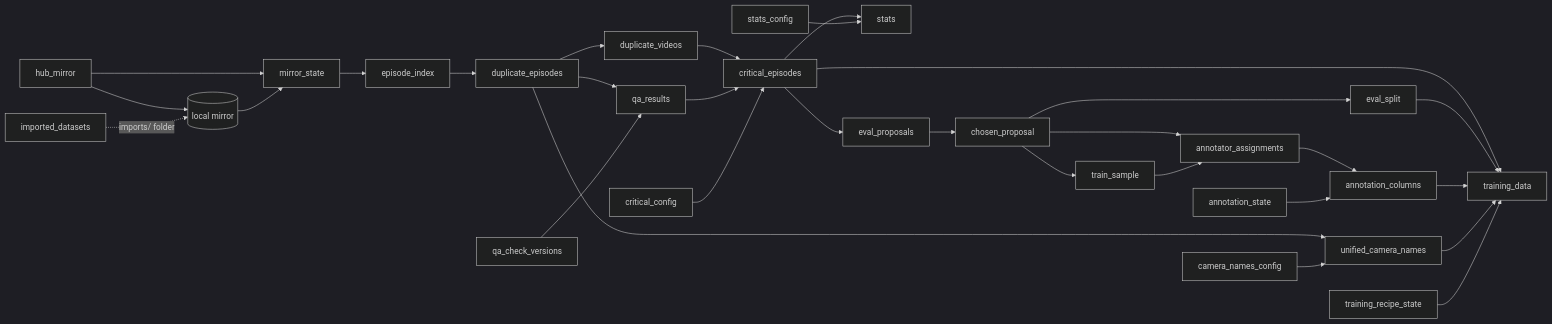
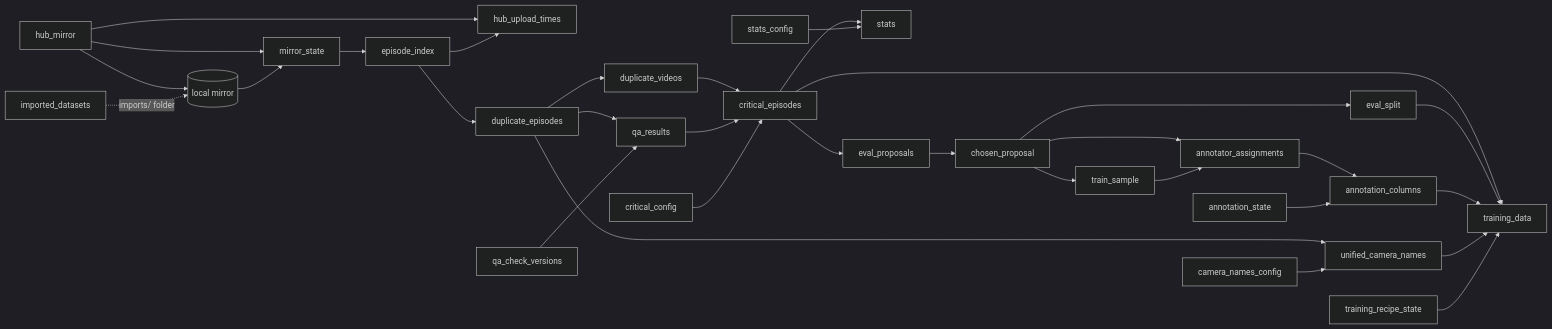
Before and after one commit to oopsie-data/oopsie-backend: the diagram in docs/pipeline.md, drawn with Mermaid (dark theme). The commit also changed other lines of this file and 11 other files, not shown here.

````diff
--- a/docs/pipeline.md
+++ b/docs/pipeline.md
@@ -5,32 +5,34 @@
 ```mermaid
 flowchart LR
   hub_mirror --> mirror[("local mirror")]
   hub_mirror --> mirror_state
   mirror --> mirror_state
   mirror_state --> episode_index
+  hub_mirror --> hub_upload_times
+  episode_index --> hub_upload_times
   episode_index --> duplicate_episodes
   duplicate_episodes --> unified_camera_names
   camera_names_config --> unified_camera_names
   duplicate_episodes --> duplicate_videos
   duplicate_episodes --> qa_results
   qa_check_versions --> qa_results
   duplicate_videos --> critical_episodes
   qa_results --> critical_episodes
   critical_config --> critical_episodes
   critical_episodes --> stats
   stats_config --> stats
   critical_episodes --> eval_proposals
   eval_proposals --> chosen_proposal
   chosen_proposal --> eval_split
   chosen_proposal --> train_sample
   chosen_proposal --> annotator_assignments
   train_sample --> annotator_assignments
   annotator_assignments --> annotation_columns
   annotation_state --> annotation_columns
   imported_datasets -. "imports/ folder" .-> mirror
   critical_episodes --> training_data
   eval_split --> training_data
   annotation_columns --> training_data
   unified_camera_names --> training_data
   training_recipe_state --> training_data
 ```
````
